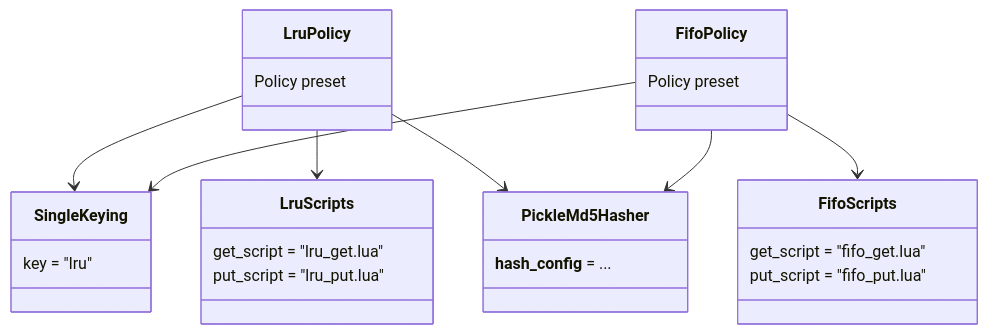
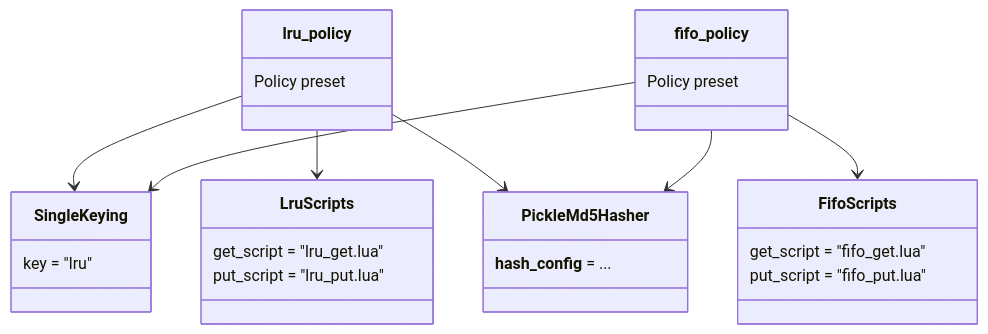
The fourth of 7 diagrams in README.md (tanbro/redis_func_cache), drawn with Mermaid before and after one commit. The commit also changed other lines of this file and 52 other files, not shown here.

First line of the commit message:
refactor!: composition architecture — declaration in Scripts, invocation in Policy

````diff
--- a/README.md
+++ b/README.md
@@ -468,36 +471,36 @@
 ```mermaid
 classDiagram
-    class LruPolicy {
+    class lru_policy {
         Policy preset
     }
 
     class SingleKeying {
         key = "lru"
     }
 
     class LruScripts {
         get_script = "lru_get.lua"
         put_script = "lru_put.lua"
     }
 
     class PickleMd5Hasher {
         __hash_config__ = ...
     }
 
-    LruPolicy --> SingleKeying
-    LruPolicy --> LruScripts
-    LruPolicy --> PickleMd5Hasher
+    lru_policy --> SingleKeying
+    lru_policy --> LruScripts
+    lru_policy --> PickleMd5Hasher
 
-    class FifoPolicy {
+    class fifo_policy {
         Policy preset
     }
 
     class FifoScripts {
         get_script = "fifo_get.lua"
         put_script = "fifo_put.lua"
     }
 
-    FifoPolicy --> SingleKeying
-    FifoPolicy --> FifoScripts
-    FifoPolicy --> PickleMd5Hasher
+    fifo_policy --> SingleKeying
+    fifo_policy --> FifoScripts
+    fifo_policy --> PickleMd5Hasher
 ```
````
